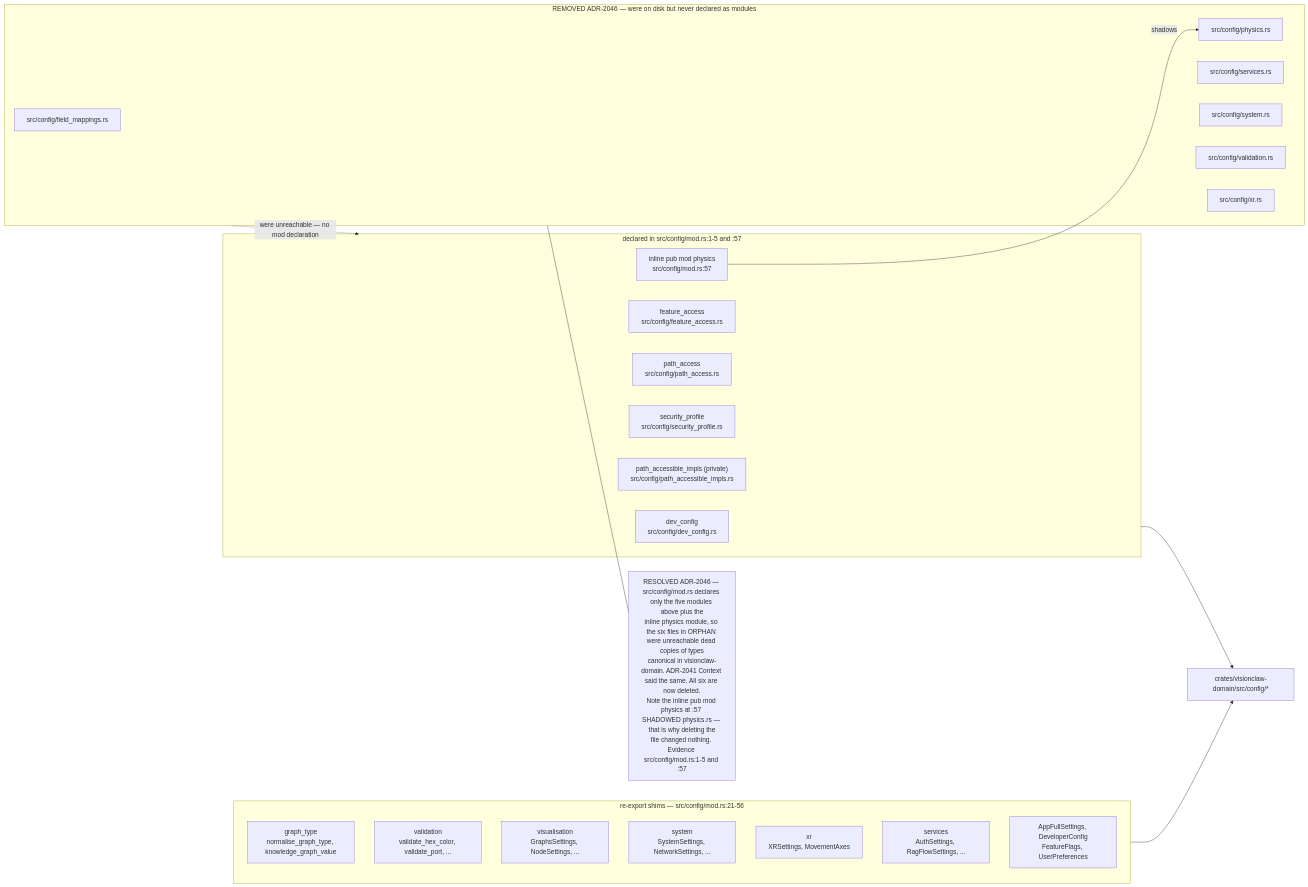
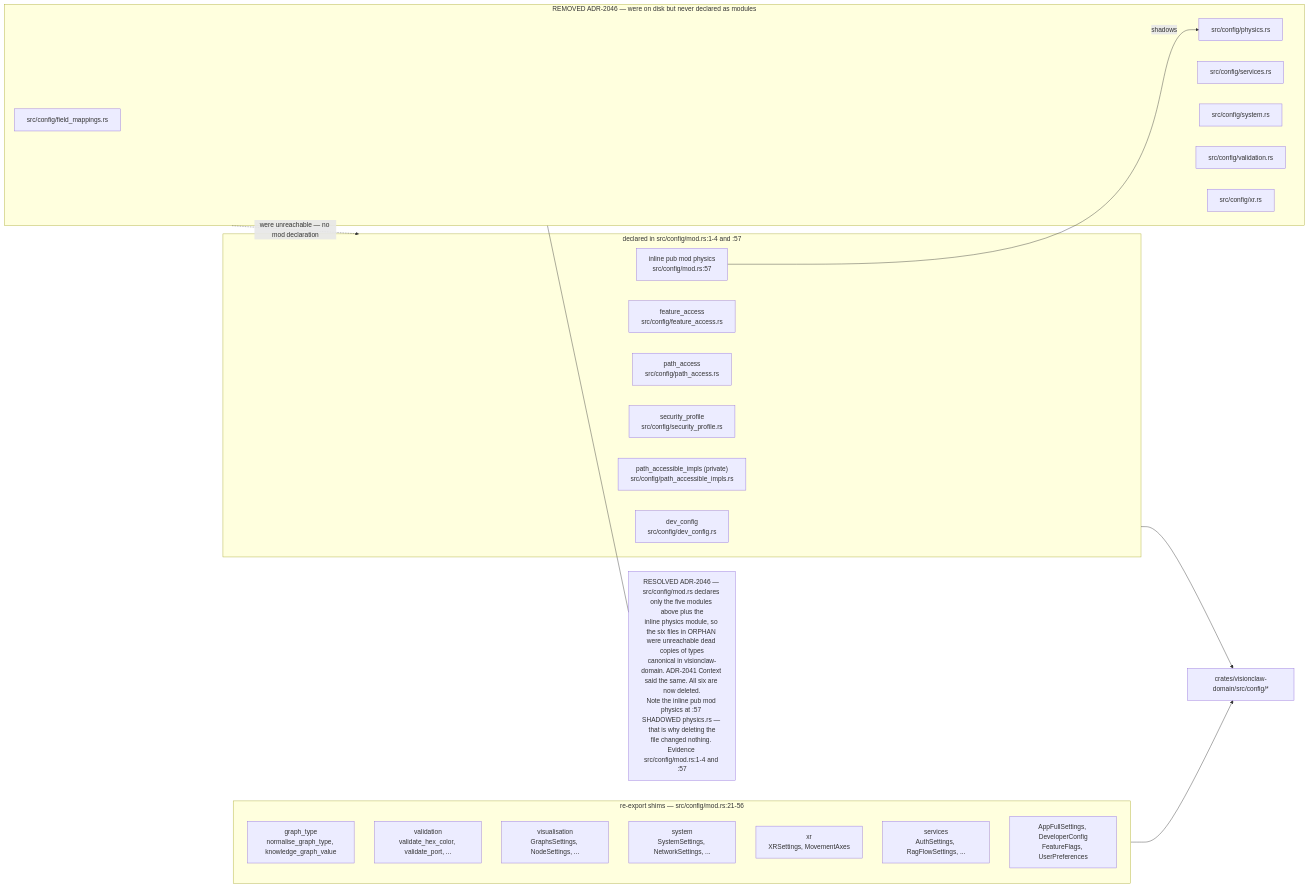
The second of 15 diagrams in docs/diagrams/visionclaw/09-config-and-env-flags.md (DreamLab-AI/AR-AI-Knowledge-Graph), drawn with Mermaid before and after one commit. The commit also changed other lines of this file and 73 other files, not shown here.

First line of the commit message:
docs(diagrams): re-verify all 71 topic files against HEAD; add --cite-check

````diff
--- a/docs/diagrams/visionclaw/09-config-and-env-flags.md
+++ b/docs/diagrams/visionclaw/09-config-and-env-flags.md
@@ -110,35 +110,35 @@
 ```mermaid
 flowchart LR
-    subgraph DECL["declared in src/config/mod.rs:1-5 and :57"]
+    subgraph DECL["declared in src/config/mod.rs:1-4 and :57"]
         D1["dev_config<br/>src/config/dev_config.rs"]
         D2["feature_access<br/>src/config/feature_access.rs"]
         D3["path_access<br/>src/config/path_access.rs"]
         D4["security_profile<br/>src/config/security_profile.rs"]
         D5["path_accessible_impls (private)<br/>src/config/path_accessible_impls.rs"]
         D6["inline pub mod physics<br/>src/config/mod.rs:57"]
     end
     subgraph REEXPORT["re-export shims — src/config/mod.rs:21-56"]
         R1["graph_type<br/>normalise_graph_type, knowledge_graph_value"]
         R2["validation<br/>validate_hex_color, validate_port, ..."]
         R3["visualisation<br/>GraphsSettings, NodeSettings, ..."]
         R4["system<br/>SystemSettings, NetworkSettings, ..."]
         R5["xr<br/>XRSettings, MovementAxes"]
         R6["services<br/>AuthSettings, RagFlowSettings, ..."]
         R7["AppFullSettings, DeveloperConfig<br/>FeatureFlags, UserPreferences"]
     end
     DOM["crates/visionclaw-domain/src/config/*"]
     subgraph ORPHAN["REMOVED ADR-2046 — were on disk but never declared as modules"]
         O1["src/config/field_mappings.rs"]
         O2["src/config/physics.rs"]
         O3["src/config/services.rs"]
         O4["src/config/system.rs"]
         O5["src/config/validation.rs"]
         O6["src/config/xr.rs"]
     end
     DECL --> DOM
     REEXPORT --> DOM
     D6 -->|"shadows"| O2
     ORPHAN -.->|"were unreachable — no mod declaration"| DECL
-    N1["RESOLVED ADR-2046 — src/config/mod.rs declares only the five modules above plus the<br/>inline physics module, so the six files in ORPHAN were unreachable dead copies of types<br/>canonical in visionclaw-domain. ADR-2041 Context said the same. All six are now deleted.<br/>Note the inline pub mod physics at :57 SHADOWED physics.rs — that is why deleting the<br/>file changed nothing. Evidence src/config/mod.rs:1-5 and :57"]
+    N1["RESOLVED ADR-2046 — src/config/mod.rs declares only the five modules above plus the<br/>inline physics module, so the six files in ORPHAN were unreachable dead copies of types<br/>canonical in visionclaw-domain. ADR-2041 Context said the same. All six are now deleted.<br/>Note the inline pub mod physics at :57 SHADOWED physics.rs — that is why deleting the<br/>file changed nothing. Evidence src/config/mod.rs:1-4 and :57"]
     ORPHAN --- N1
 ```
````
